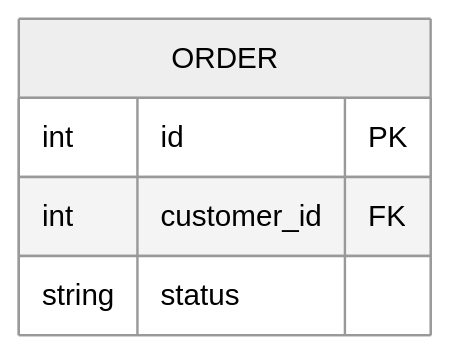
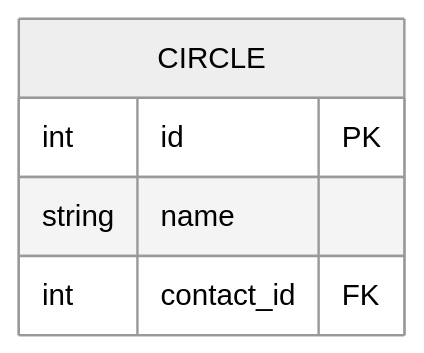
One commit to ikisuke/er-tools changed the first of 3 diagrams in README.md. Above: the diagram before and after it, drawn with Mermaid (neutral theme). The commit also changed other lines of this file and 11 other files, not shown here.

````diff
--- a/README.md
+++ b/README.md
@@ -90,8 +90,8 @@
 ```mermaid
 erDiagram
-    ORDER {
+    CIRCLE {
         int id PK
-        int customer_id FK
-        string status
+        string name
+        int contact_id FK
     }
 ```
````
